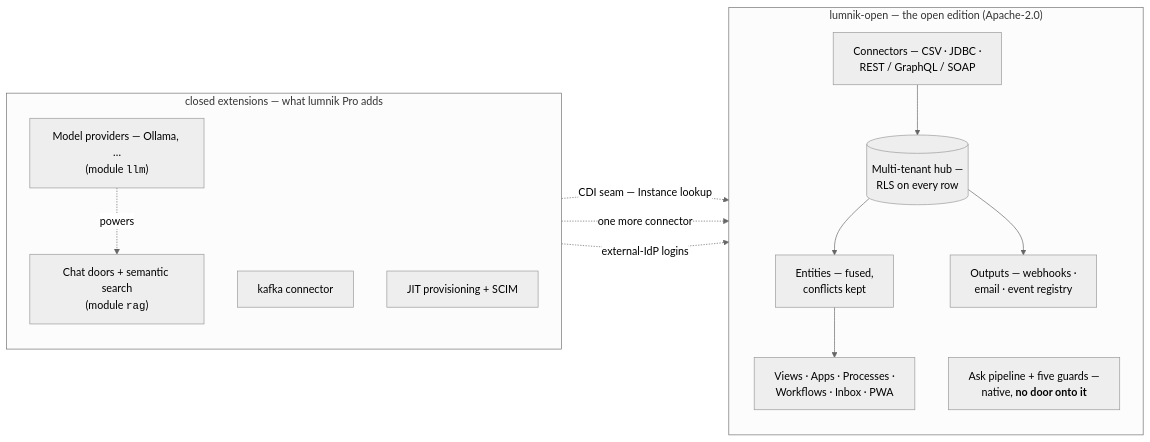
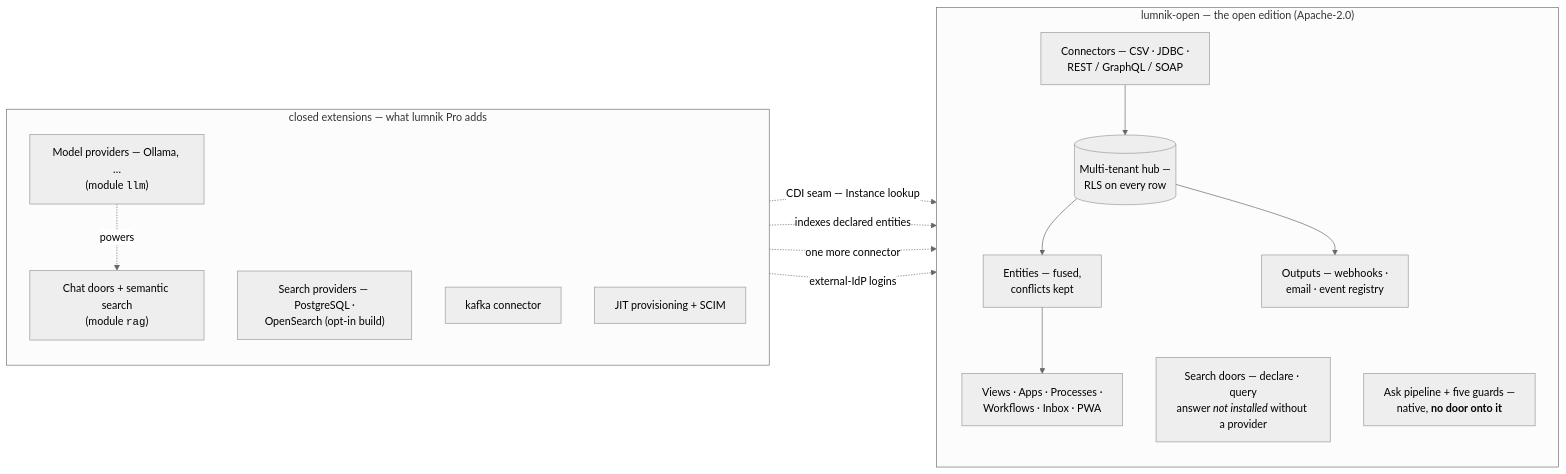
One commit to icreated/lumnik-open changed the diagram in docs/editions.md. Above: the diagram before and after it, drawn with Mermaid (neutral theme). The commit also changed other lines of this file and 1324 other files, not shown here.

````diff
--- a/docs/editions.md
+++ b/docs/editions.md
@@ -14,25 +17,28 @@
 ```mermaid
 flowchart LR
   subgraph open["lumnik-open — the open edition (Apache-2.0)"]
     direction TB
     conn["Connectors — CSV · JDBC ·<br/>REST / GraphQL / SOAP"]
     tables[("Multi-tenant hub —<br/>RLS on every row")]
     ent["Entities — fused,<br/>conflicts kept"]
     apps["Views · Apps · Processes ·<br/>Workflows · Inbox · PWA"]
     out["Outputs — webhooks ·<br/>email · event registry"]
+    sdoors["Search doors — declare · query<br/>answer <i>not installed</i> without a provider"]
     askcore["Ask pipeline + five guards —<br/>native, <b>no door onto it</b>"]
     conn --> tables --> ent --> apps
     tables --> out
   end
   subgraph closedx["closed extensions — what lumnik Pro adds"]
     direction TB
     doors["Chat doors + semantic search<br/>(module <code>rag</code>)"]
     llm["Model providers — Ollama, …<br/>(module <code>llm</code>)"]
+    searchp["Search providers — PostgreSQL ·<br/>OpenSearch (opt-in build)"]
     kafka["kafka connector"]
     jit["JIT provisioning + SCIM"]
   end
   doors -. "CDI seam — Instance lookup" .-> askcore
   llm -. powers .-> doors
+  searchp -. "indexes declared entities" .-> sdoors
   kafka -. "one more connector" .-> conn
   jit -. "external-IdP logins" .-> tables
 ```
````
